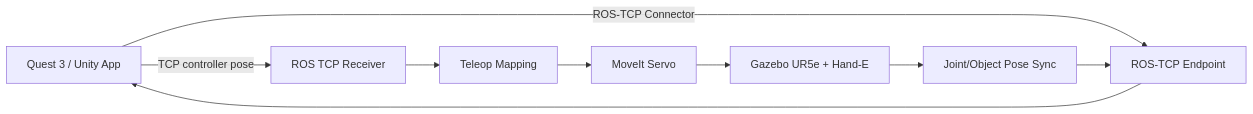
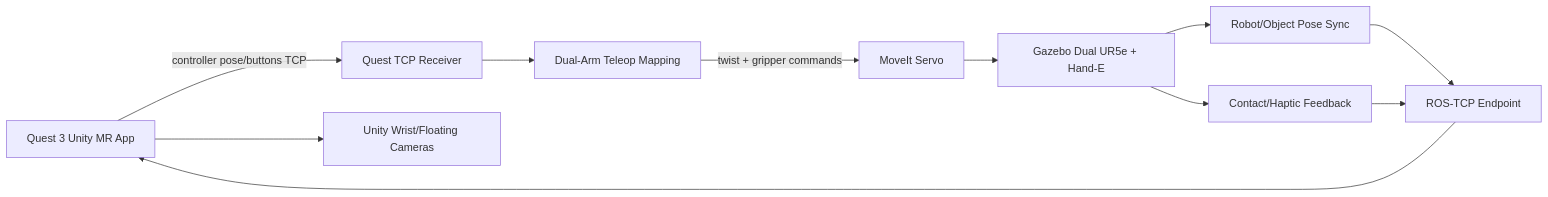
The diagram in README.md (Noah727/Docker_Teleop), drawn with Mermaid before and after one commit. The commit also changed other lines of this file and 1783 other files, not shown here.

Commit message:
Update dual-arm MR teleop platform

````diff
--- a/README.md
+++ b/README.md
@@ -39,11 +19,23 @@
 ```mermaid
 flowchart LR
-    Quest[Quest 3 / Unity App] -->|TCP controller pose| Receiver[ROS TCP Receiver]
-    Quest -->|ROS-TCP Connector| RosTcp[ROS-TCP Endpoint]
-    Receiver --> Mapper[Teleop Mapping]
-    Mapper --> Servo[MoveIt Servo]
-    Servo --> Gazebo[Gazebo UR5e + Hand-E]
-    Gazebo --> Sync[Joint/Object Pose Sync]
+    Quest[Quest 3 Unity MR App]
+    Receiver[Quest TCP Receiver]
+    Mapper[Dual-Arm Teleop Mapping]
+    Servo[MoveIt Servo]
+    Gazebo[Gazebo Dual UR5e + Hand-E]
+    Sync[Robot/Object Pose Sync]
+    RosTcp[ROS-TCP Endpoint]
+    Haptics[Contact/Haptic Feedback]
+    Recorder[Unity Wrist/Floating Cameras]
+
+    Quest -->|controller pose/buttons TCP| Receiver
+    Receiver --> Mapper
+    Mapper -->|twist + gripper commands| Servo
+    Servo --> Gazebo
+    Gazebo --> Sync
     Sync --> RosTcp
     RosTcp --> Quest
+    Gazebo --> Haptics
+    Haptics --> RosTcp
+    Quest --> Recorder
 ```
````
